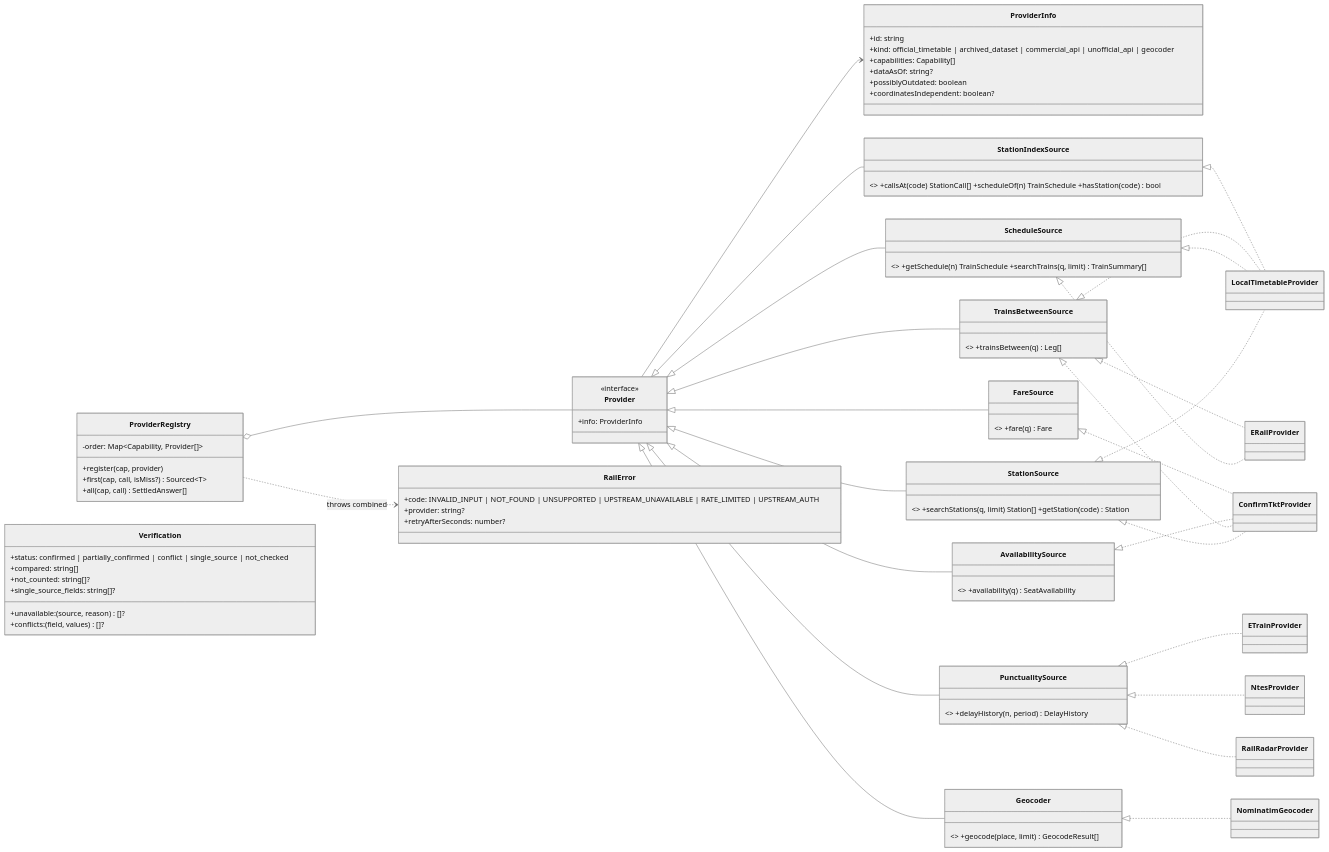
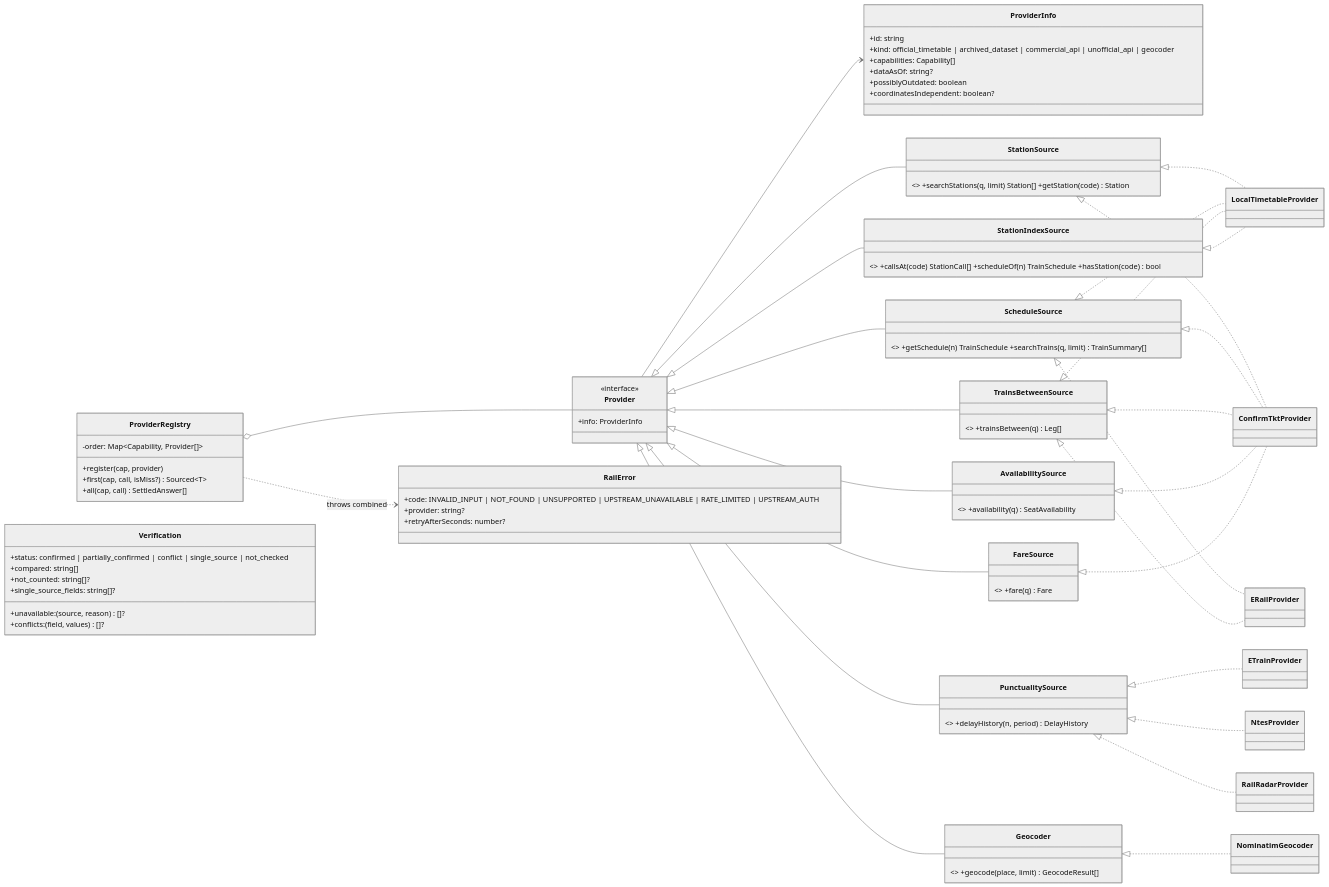
Before and after one commit to shubhamyadav8901/railways-mcp: the first of 2 diagrams in docs/design/03-contracts.md, drawn with Mermaid (neutral theme). The commit also changed other lines of this file and 21 other files, not shown here.

First line of the commit message:
Opt-in PRIMARY_SOURCE=confirmtkt: present ConfirmTkt first, cross-check with official (#8)

````diff
--- a/docs/design/03-contracts.md
+++ b/docs/design/03-contracts.md
@@ -9,79 +9,80 @@
 ```mermaid
 classDiagram
   direction LR
   class Provider {
     <<interface>>
     +info: ProviderInfo
   }
   class ProviderInfo {
     +id: string
     +kind: official_timetable | archived_dataset | commercial_api | unofficial_api | geocoder
     +capabilities: Capability[]
     +dataAsOf: string?
     +possiblyOutdated: boolean
     +coordinatesIndependent: boolean?
   }
   class StationSource { <<interface>> +searchStations(q, limit) Station[] +getStation(code) Station }
   class ScheduleSource { <<interface>> +getSchedule(n) TrainSchedule +searchTrains(q, limit) TrainSummary[] }
   class TrainsBetweenSource { <<interface>> +trainsBetween(q) Leg[] }
   class StationIndexSource { <<interface>> +callsAt(code) StationCall[] +scheduleOf(n) TrainSchedule +hasStation(code) bool }
   class PunctualitySource { <<interface>> +delayHistory(n, period) DelayHistory }
   class AvailabilitySource { <<interface>> +availability(q) SeatAvailability }
   class FareSource { <<interface>> +fare(q) Fare }
   class Geocoder { <<interface>> +geocode(place, limit) GeocodeResult[] }
 
   Provider <|-- StationSource
   Provider <|-- ScheduleSource
   Provider <|-- TrainsBetweenSource
   Provider <|-- StationIndexSource
   Provider <|-- PunctualitySource
   Provider <|-- AvailabilitySource
   Provider <|-- FareSource
   Provider <|-- Geocoder
   Provider --> ProviderInfo
 
   class LocalTimetableProvider
   class ConfirmTktProvider
   class ERailProvider
   class ETrainProvider
   class NtesProvider
   class RailRadarProvider
   class NominatimGeocoder
 
   StationSource <|.. LocalTimetableProvider
   ScheduleSource <|.. LocalTimetableProvider
   TrainsBetweenSource <|.. LocalTimetableProvider
   StationIndexSource <|.. LocalTimetableProvider
   StationSource <|.. ConfirmTktProvider
+  ScheduleSource <|.. ConfirmTktProvider
   TrainsBetweenSource <|.. ConfirmTktProvider
   AvailabilitySource <|.. ConfirmTktProvider
   FareSource <|.. ConfirmTktProvider
   ScheduleSource <|.. ERailProvider
   TrainsBetweenSource <|.. ERailProvider
   PunctualitySource <|.. ETrainProvider
   PunctualitySource <|.. NtesProvider
   PunctualitySource <|.. RailRadarProvider
   Geocoder <|.. NominatimGeocoder
 
   class ProviderRegistry {
     -order: Map~Capability, Provider[]~
     +register(cap, provider)
     +first(cap, call, isMiss?) Sourced~T~
     +all(cap, call) SettledAnswer[]
   }
   class RailError {
     +code: INVALID_INPUT | NOT_FOUND | UNSUPPORTED | UPSTREAM_UNAVAILABLE | RATE_LIMITED | UPSTREAM_AUTH
     +provider: string?
     +retryAfterSeconds: number?
   }
   class Verification {
     +status: confirmed | partially_confirmed | conflict | single_source | not_checked
     +compared: string[]
     +not_counted: string[]?
     +unavailable: (source, reason)[]?
     +conflicts: (field, values)[]?
     +single_source_fields: string[]?
   }
   ProviderRegistry o-- Provider
   ProviderRegistry ..> RailError : throws combined
 ```
````
